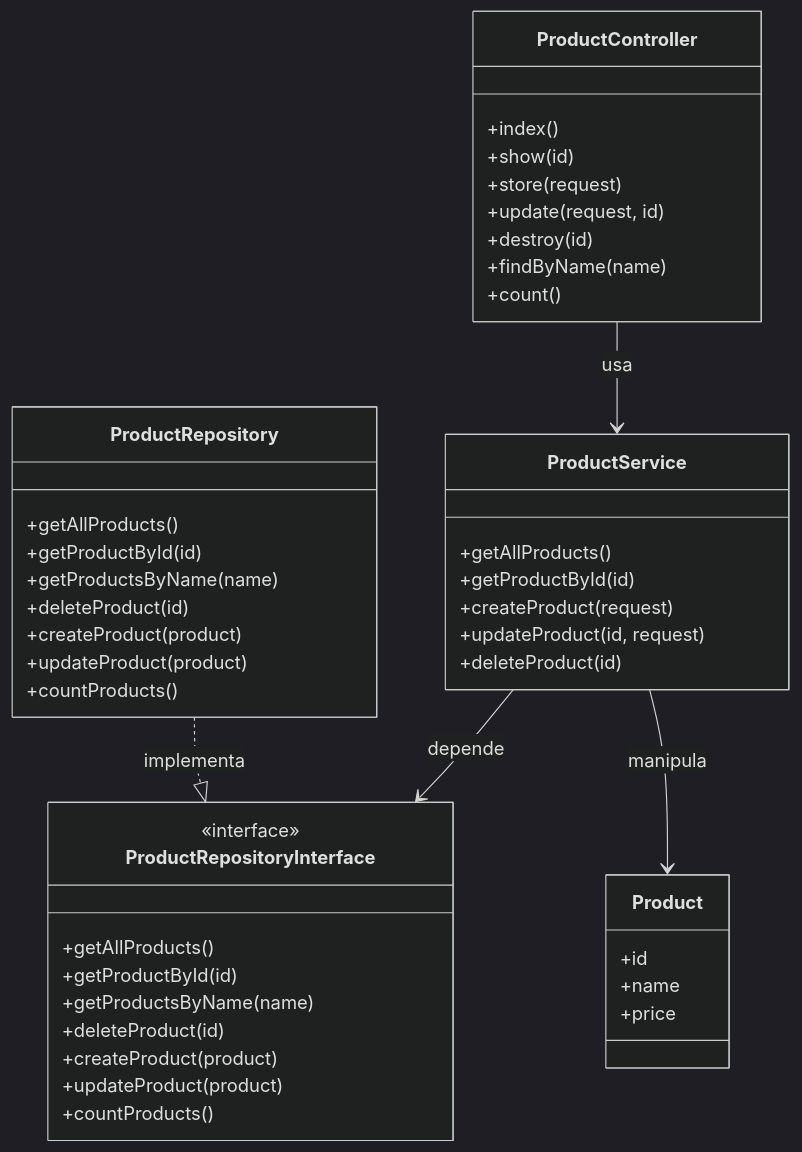
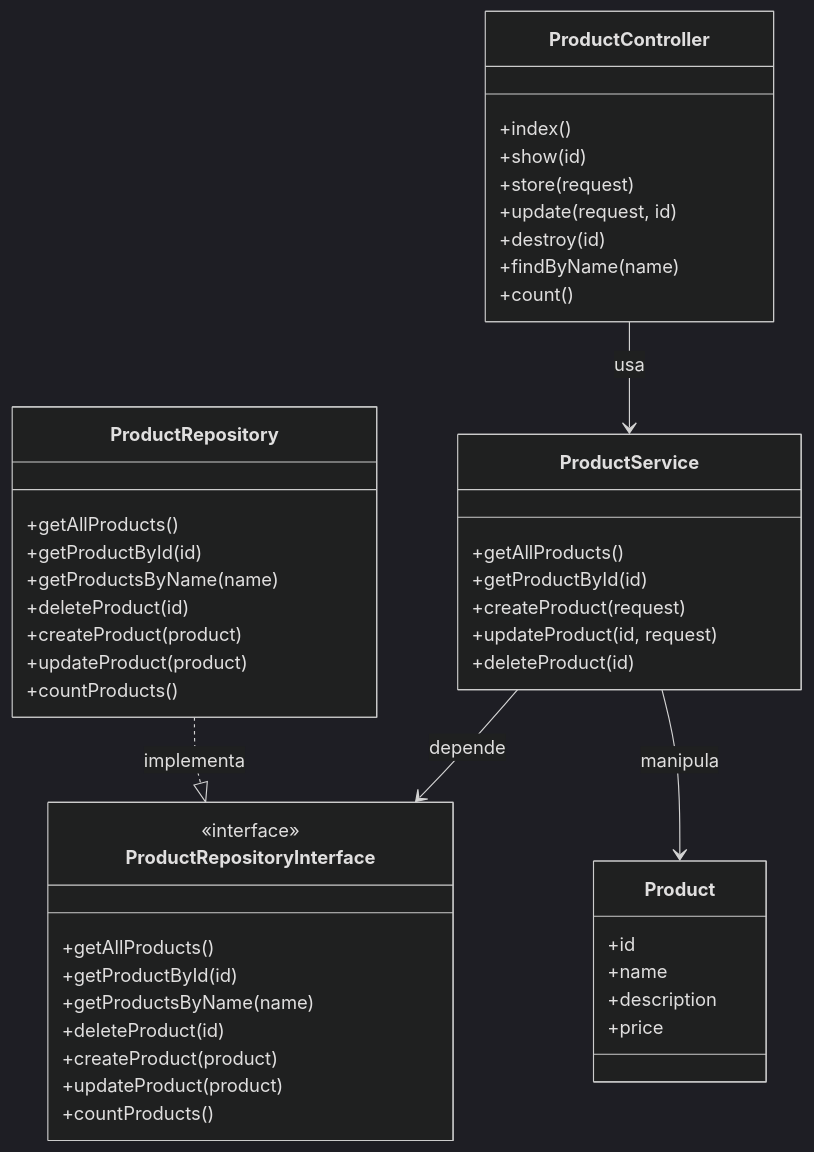
Before and after one commit to nandokruger/product-api: the second of 2 diagrams in README.md, drawn with Mermaid (dark theme).

````diff
--- a/README.md
+++ b/README.md
@@ -46,52 +46,53 @@
 ```mermaid
 classDiagram
     class ProductController {
         +index()
         +show(id)
         +store(request)
         +update(request, id)
         +destroy(id)
         +findByName(name)
         +count()
     }
     
     class ProductService {
         +getAllProducts()
         +getProductById(id)
         +createProduct(request)
         +updateProduct(id, request)
         +deleteProduct(id)
     }
     
     class ProductRepositoryInterface {
         <<interface>>
         +getAllProducts()
         +getProductById(id)
         +getProductsByName(name)
         +deleteProduct(id)
         +createProduct(product)
         +updateProduct(product)
         +countProducts()
     }
     
     class ProductRepository {
         +getAllProducts()
         +getProductById(id)
         +getProductsByName(name)
         +deleteProduct(id)
         +createProduct(product)
         +updateProduct(product)
         +countProducts()
     }
     
     class Product {
         +id
         +name
+        +description
         +price
     }
     
     ProductController --> ProductService : usa
     ProductService --> ProductRepositoryInterface : depende
     ProductService --> Product : manipula
     ProductRepository ..|> ProductRepositoryInterface : implementa
 ```
````
